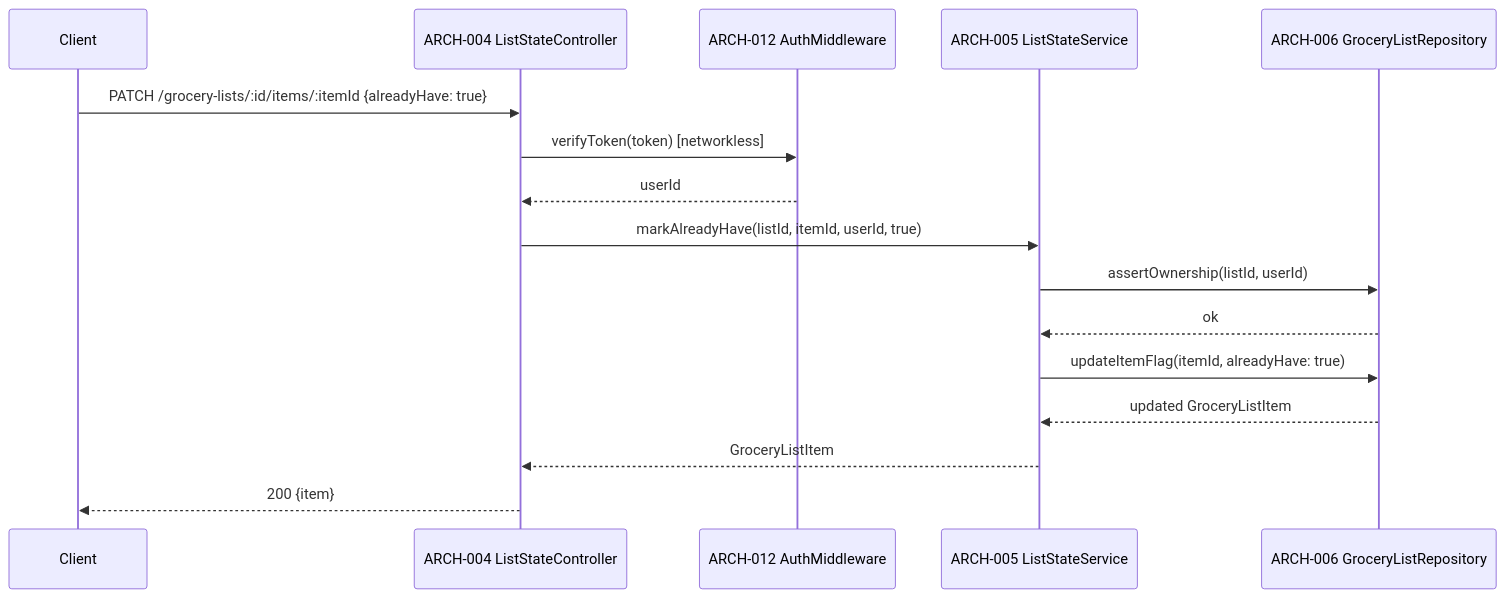
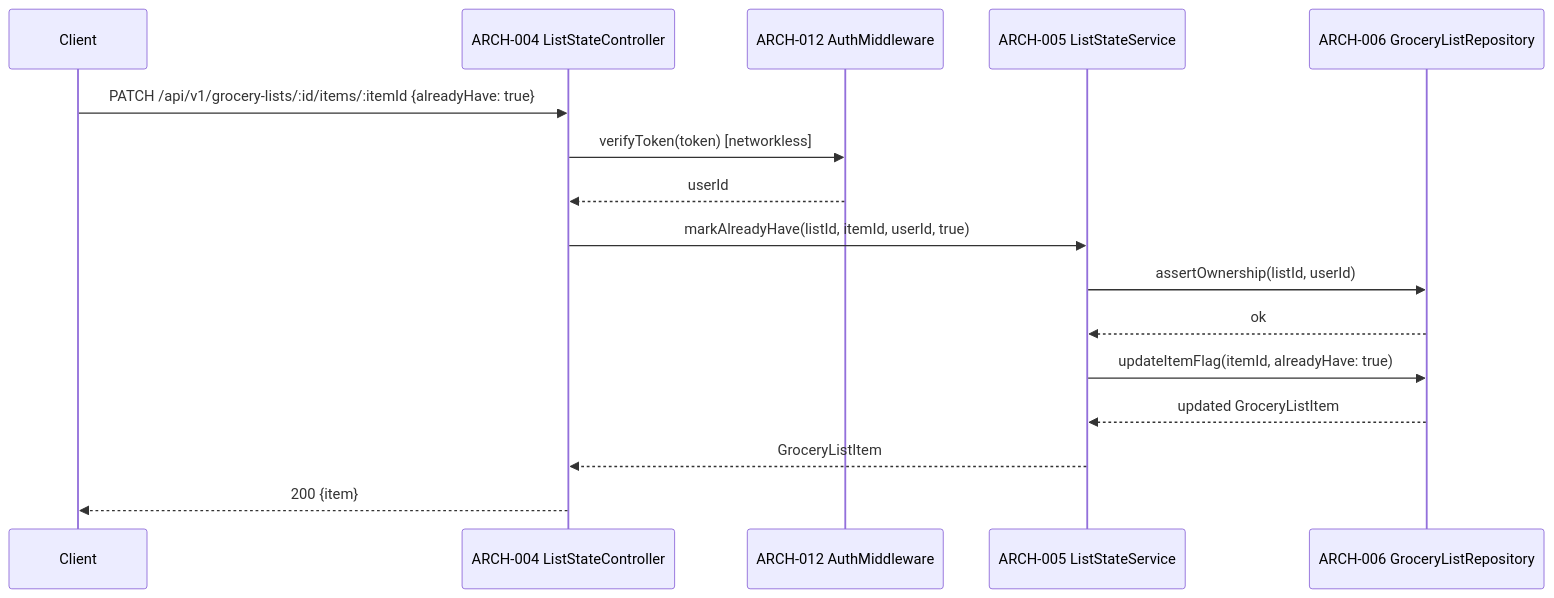
The second of 3 diagrams in specs/007-grocery-lists/v-model/architecture-design.md (radicle-co/KitchenSink), drawn with Mermaid before and after one commit. The commit also changed other lines of this file and 98 other files, not shown here.

````diff
--- a/specs/007-grocery-lists/v-model/architecture-design.md
+++ b/specs/007-grocery-lists/v-model/architecture-design.md
@@ -79,19 +79,19 @@
 ```mermaid
 sequenceDiagram
     participant Client
     participant C4 as ARCH-004 ListStateController
     participant G12 as ARCH-012 AuthMiddleware
     participant S5 as ARCH-005 ListStateService
     participant R6 as ARCH-006 GroceryListRepository
 
-    Client->>C4: PATCH /grocery-lists/:id/items/:itemId {alreadyHave: true}
+    Client->>C4: PATCH /api/v1/grocery-lists/:id/items/:itemId {alreadyHave: true}
     C4->>G12: verifyToken(token) [networkless]
     G12-->>C4: userId
     C4->>S5: markAlreadyHave(listId, itemId, userId, true)
     S5->>R6: assertOwnership(listId, userId)
     R6-->>S5: ok
     S5->>R6: updateItemFlag(itemId, alreadyHave: true)
     R6-->>S5: updated GroceryListItem
     S5-->>C4: GroceryListItem
     C4-->>Client: 200 {item}
 ```
````
